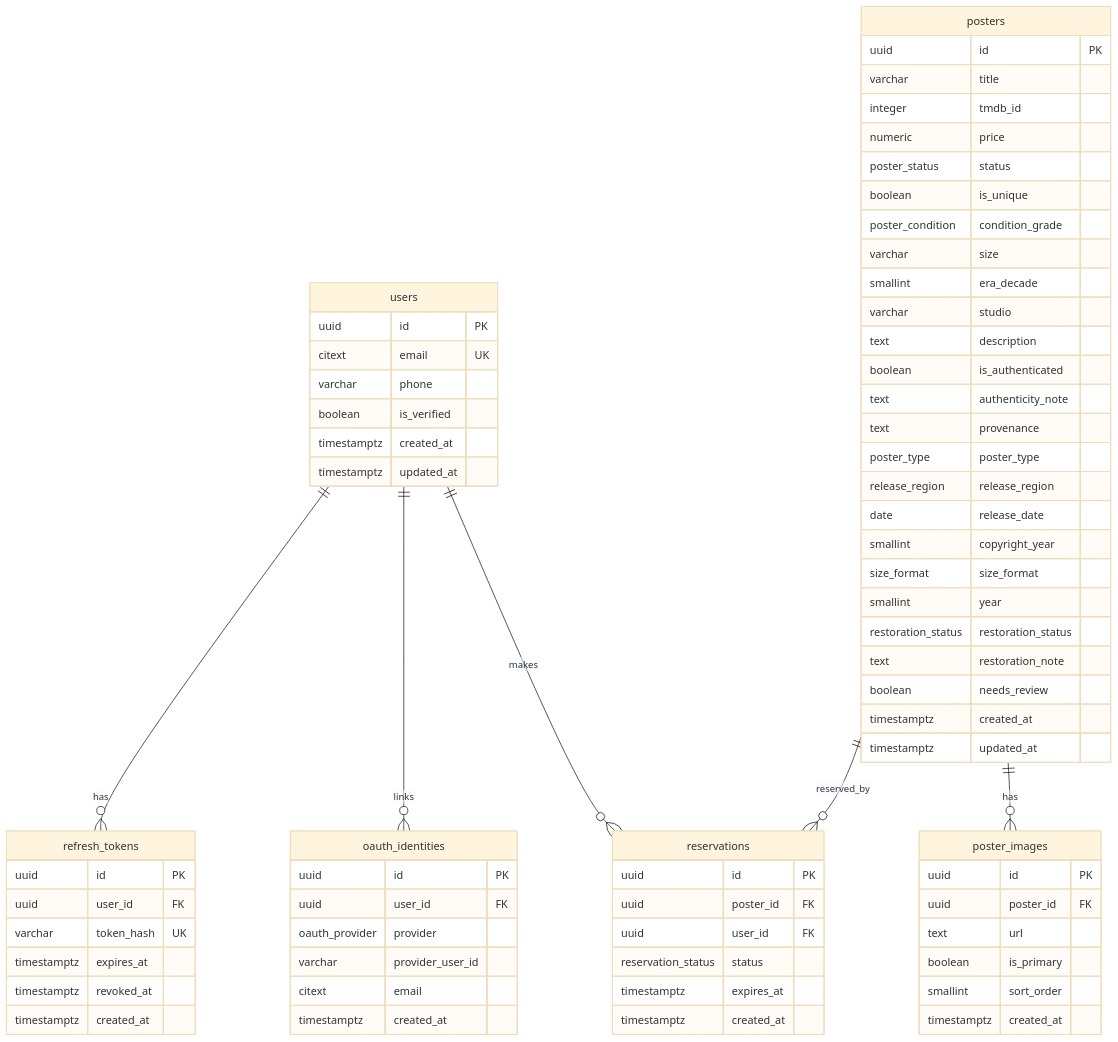
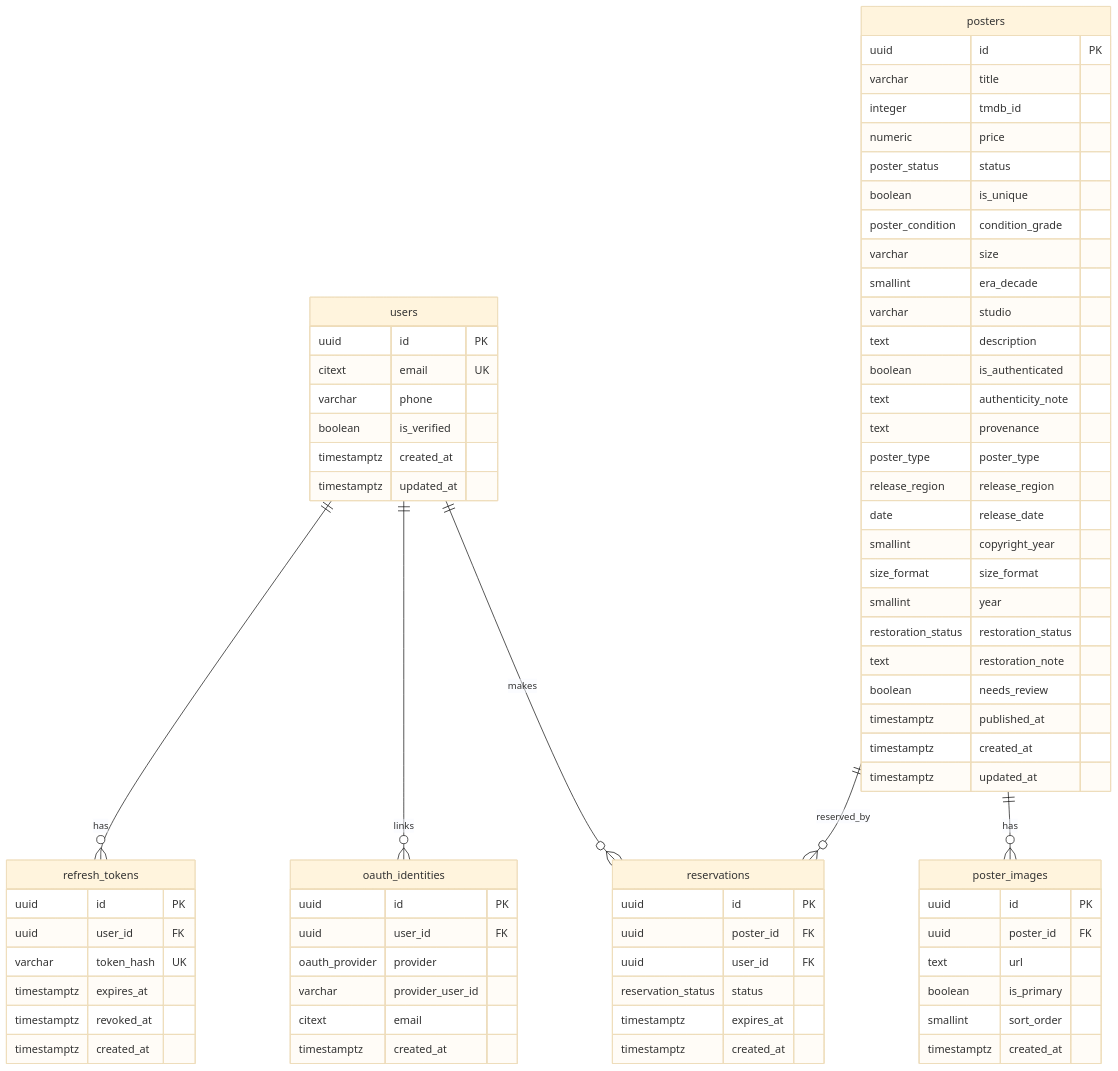
One commit to Chanothai/posternung-backend changed the diagram in docs/database-design.md. Above: the diagram before and after it, drawn with Mermaid (base theme). The commit also changed other lines of this file and 1 other file, not shown here.

First line of the commit message:
fix(docs): บันทึก published_at ในเอกสารที่จะกลายเป็นคำโกหกหลัง ADR-0013

````diff
--- a/docs/database-design.md
+++ b/docs/database-design.md
@@ -222,76 +225,77 @@
 ```mermaid
 erDiagram
     users ||--o{ refresh_tokens : has
     users ||--o{ oauth_identities : links
     users ||--o{ reservations : makes
     posters ||--o{ poster_images : has
     posters ||--o{ reservations : reserved_by
 
     users {
         uuid id PK
         citext email UK
         varchar phone
         boolean is_verified
         timestamptz created_at
         timestamptz updated_at
     }
     oauth_identities {
         uuid id PK
         uuid user_id FK
         oauth_provider provider
         varchar provider_user_id
         citext email
         timestamptz created_at
     }
     refresh_tokens {
         uuid id PK
         uuid user_id FK
         varchar token_hash UK
         timestamptz expires_at
         timestamptz revoked_at
         timestamptz created_at
     }
     posters {
         uuid id PK
         varchar title
         integer tmdb_id
         numeric price
         poster_status status
         boolean is_unique
         poster_condition condition_grade
         varchar size
         smallint era_decade
         varchar studio
         text description
         boolean is_authenticated
         text authenticity_note
         text provenance
         poster_type poster_type
         release_region release_region
         date release_date
         smallint copyright_year
         size_format size_format
         smallint year
         restoration_status restoration_status
         text restoration_note
         boolean needs_review
+        timestamptz published_at
         timestamptz created_at
         timestamptz updated_at
     }
     poster_images {
         uuid id PK
         uuid poster_id FK
         text url
         boolean is_primary
         smallint sort_order
         timestamptz created_at
     }
     reservations {
         uuid id PK
         uuid poster_id FK
         uuid user_id FK
         reservation_status status
         timestamptz expires_at
         timestamptz created_at
     }
 ```
````
